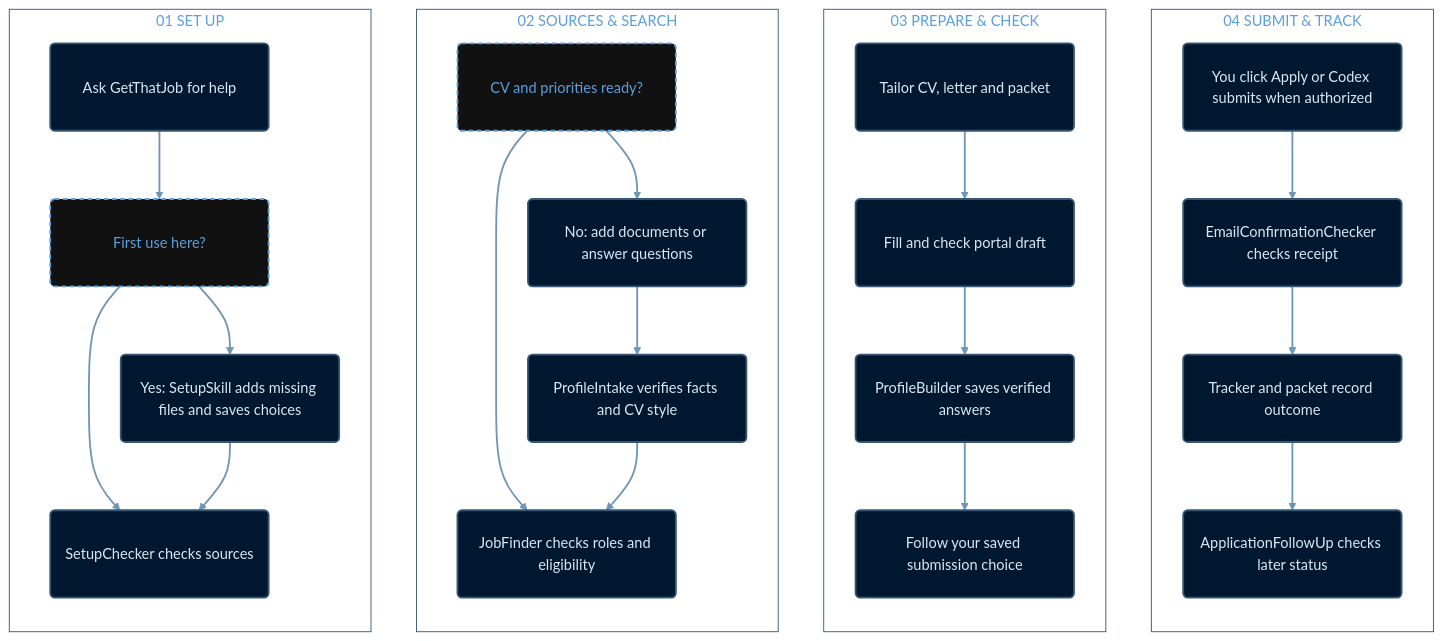
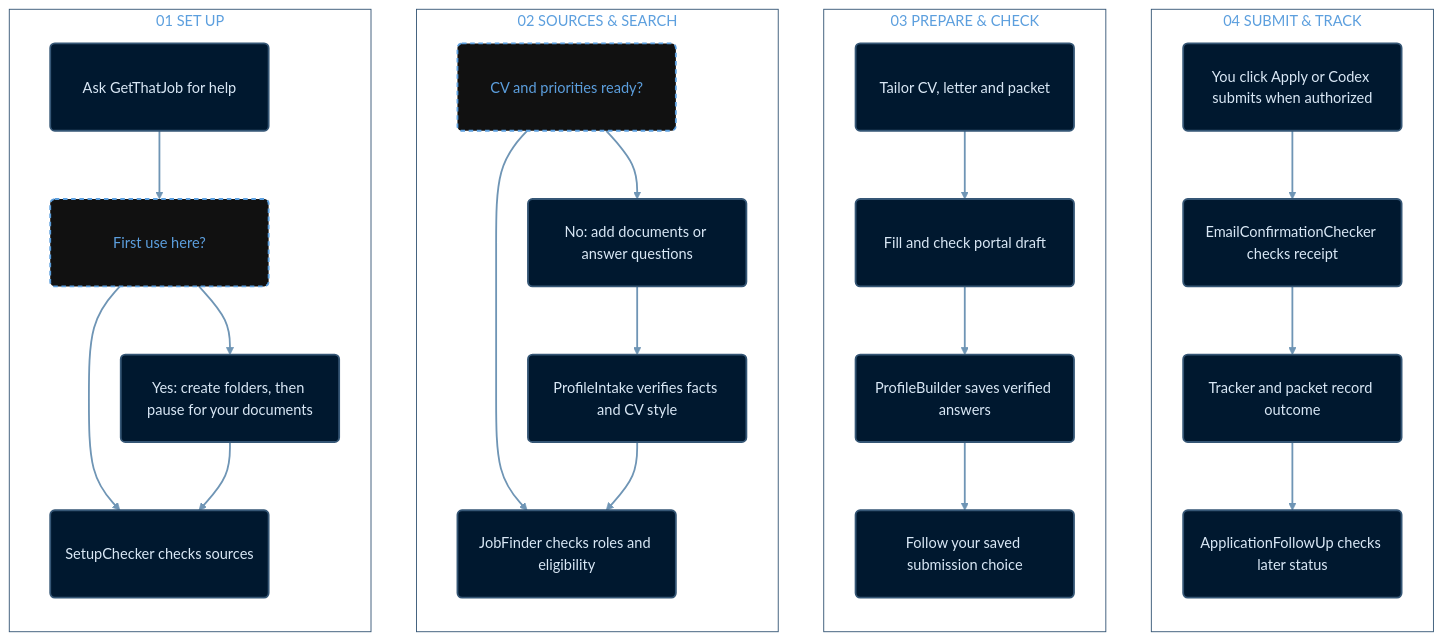
The diagram in README.md (YazanMahaini/GetThatJob), drawn with Mermaid before and after one commit. The commit also changed other lines of this file and 18 other files, not shown here.

````diff
--- a/README.md
+++ b/README.md
@@ -13,41 +13,41 @@
 ```mermaid
 flowchart LR
     subgraph setup["01  SET UP"]
         direction TB
         A("<div style='width:210px;height:66px;display:flex;align-items:center;justify-content:center;text-align:center'>Ask GetThatJob for help</div>") --> B("<div style='width:210px;height:66px;display:flex;align-items:center;justify-content:center;text-align:center'>First use here?</div>")
-        B --> C("<div style='width:210px;height:66px;display:flex;align-items:center;justify-content:center;text-align:center'>Yes: SetupSkill adds missing files and saves choices</div>")
+        B --> C("<div style='width:210px;height:66px;display:flex;align-items:center;justify-content:center;text-align:center'>Yes: create folders, then pause for your documents</div>")
         B --> D("<div style='width:210px;height:66px;display:flex;align-items:center;justify-content:center;text-align:center'>SetupChecker checks sources</div>")
         C --> D
     end
     subgraph search["02  SOURCES & SEARCH"]
         direction TB
         E("<div style='width:210px;height:66px;display:flex;align-items:center;justify-content:center;text-align:center'>CV and priorities ready?</div>")
         E --> F("<div style='width:210px;height:66px;display:flex;align-items:center;justify-content:center;text-align:center'>No: add documents or answer questions</div>")
         F --> G("<div style='width:210px;height:66px;display:flex;align-items:center;justify-content:center;text-align:center'>ProfileIntake verifies facts and CV style</div>")
         E --> H("<div style='width:210px;height:66px;display:flex;align-items:center;justify-content:center;text-align:center'>JobFinder checks roles and eligibility</div>")
         G --> H
     end
     subgraph prepare["03  PREPARE & CHECK"]
         direction TB
         I("<div style='width:210px;height:66px;display:flex;align-items:center;justify-content:center;text-align:center'>Tailor CV, letter and packet</div>") --> J("<div style='width:210px;height:66px;display:flex;align-items:center;justify-content:center;text-align:center'>Fill and check portal draft</div>")
         J --> P("<div style='width:210px;height:66px;display:flex;align-items:center;justify-content:center;text-align:center'>ProfileBuilder saves verified answers</div>")
         P --> K("<div style='width:210px;height:66px;display:flex;align-items:center;justify-content:center;text-align:center'>Follow your saved submission choice</div>")
     end
     subgraph outcome["04  SUBMIT & TRACK"]
         direction TB
         L("<div style='width:210px;height:66px;display:flex;align-items:center;justify-content:center;text-align:center'>You click Apply or Codex submits when authorized</div>") --> M("<div style='width:210px;height:66px;display:flex;align-items:center;justify-content:center;text-align:center'>EmailConfirmationChecker checks receipt</div>")
         M --> N("<div style='width:210px;height:66px;display:flex;align-items:center;justify-content:center;text-align:center'>Tracker and packet record outcome</div>")
         N --> O("<div style='width:210px;height:66px;display:flex;align-items:center;justify-content:center;text-align:center'>ApplicationFollowUp checks later status</div>")
     end
     setup --> search --> prepare --> outcome
     classDef step fill:#00182f,stroke:#355675,color:#d9e8f6,stroke-width:2px;
     classDef decision fill:#111111,stroke:#5c9fde,color:#5c9fde,stroke-width:2px,stroke-dasharray:5 4;
     class A,C,D,F,G,H,I,J,P,K,L,M,N,O step;
     class B,E decision;
     style setup fill:transparent,stroke:#355675,color:#5c9fde
     style search fill:transparent,stroke:#355675,color:#5c9fde
     style prepare fill:transparent,stroke:#355675,color:#5c9fde
     style outcome fill:transparent,stroke:#355675,color:#5c9fde
     linkStyle 0,1,2,3,4,5,6,7,8,9,10,11,12,13 stroke:#6f95b5,stroke-width:2px;
     linkStyle 14,15,16 stroke:transparent,fill:transparent;
 ```
````
